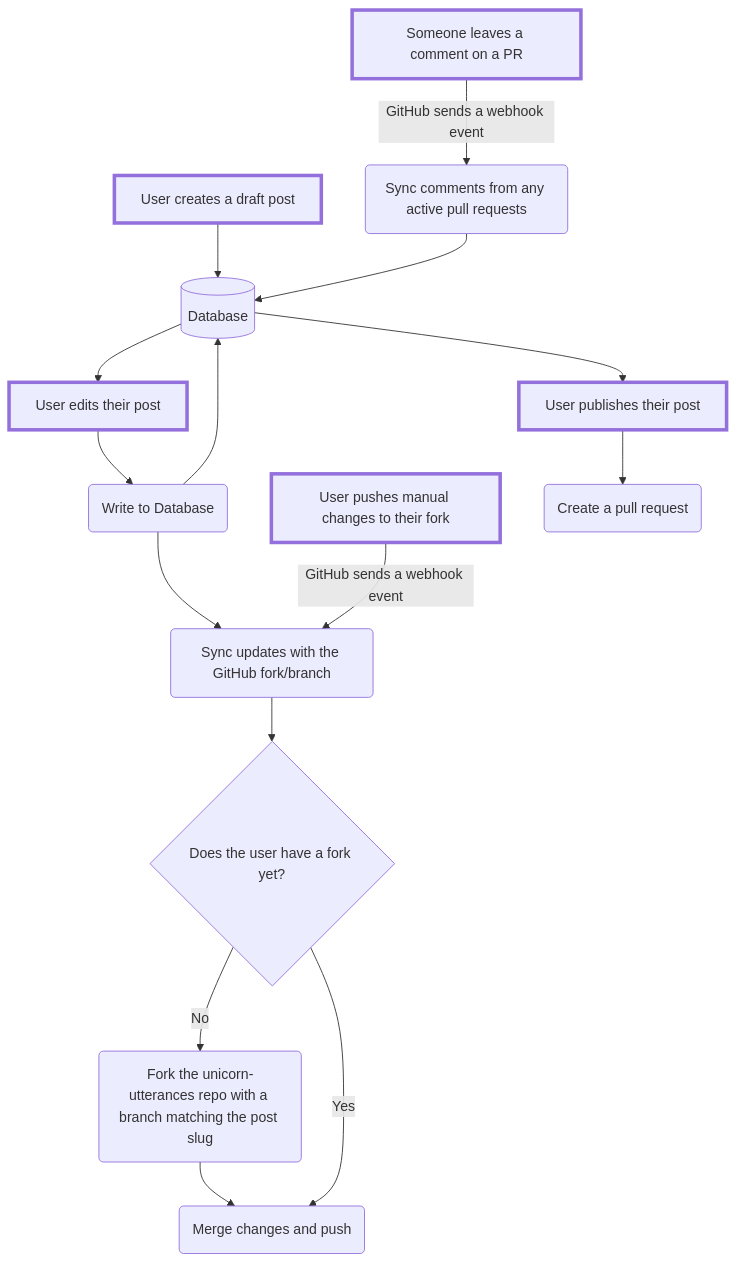
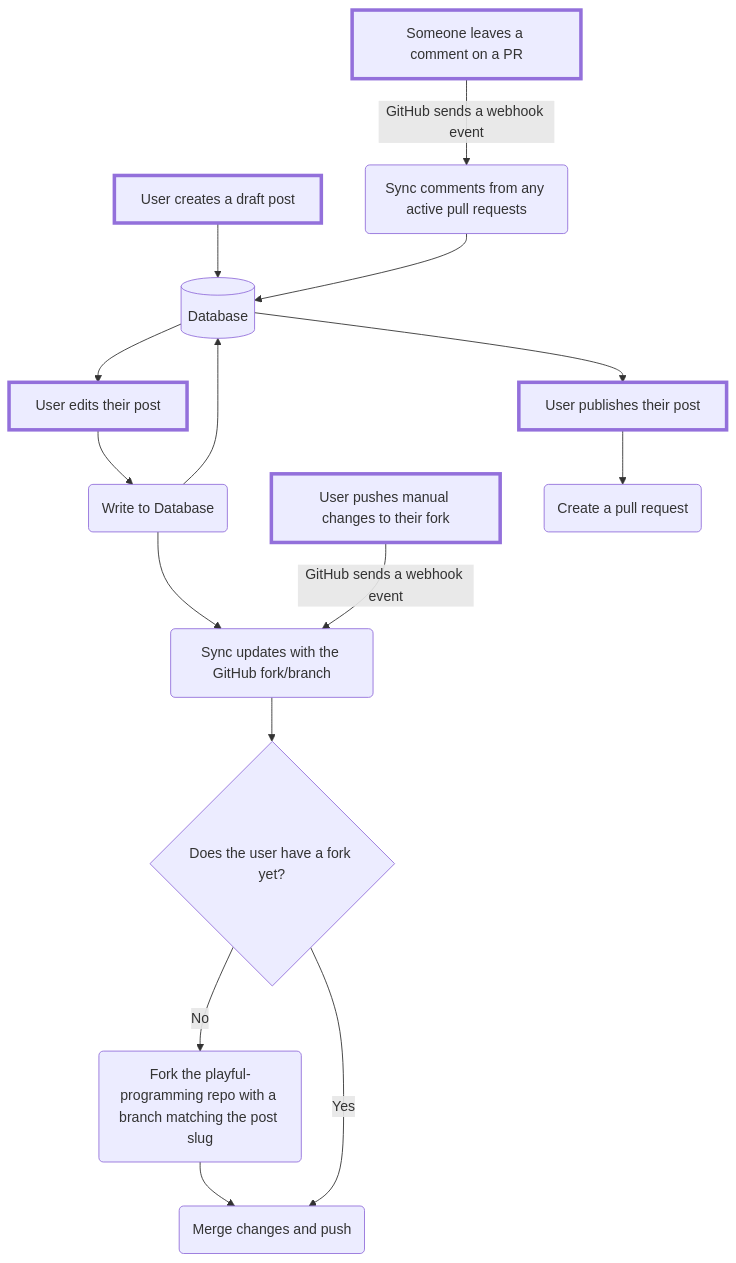
Before and after one commit to playfulprogramming/playfulprogramming: the diagram in content/crutchcorn/posts/pfp-cms/index.md, drawn with Mermaid. The commit also changed other lines of this file, not shown here.

Commit message:
docs: add more to CMS post

````diff
--- a/content/crutchcorn/posts/pfp-cms/index.md
+++ b/content/crutchcorn/posts/pfp-cms/index.md
@@ -24,23 +207,23 @@
 ```mermaid
 flowchart TD
     CreatePost["User creates a draft post"] --> DB[("Database")]
     DB --> EditPost["User edits their post"] & PublishPost["User publishes their post"]
     EditPost --> WriteDB("Write to Database")
     WriteDB --> DB & SyncFork("Sync updates with the GitHub fork/branch")
     SyncFork --> HasFork{"Does the user have a fork yet?"}
-    HasFork -- No --> CreateFork("Fork the unicorn-utterances repo with a branch matching the post slug")
+    HasFork -- No --> CreateFork("Fork the playful-programming repo with a branch matching the post slug")
     CreateFork --> PushFork("Merge changes and push")
     HasFork -- Yes --> PushFork
     ForkUpdated["User pushes manual changes to their fork"] -- "<span style=color:>GitHub sends a webhook event</span>" --> SyncFork
     LeftComments["Someone leaves a comment on a PR"] -- "<span style=color:>GitHub sends a webhook event</span>" --> SyncComments("Sync comments from any active pull requests")
     SyncComments --> DB
     PublishPost --> CreatePR("Create a pull request")
 
      CreatePost:::action
      EditPost:::action
      PublishPost:::action
      ForkUpdated:::action
      LeftComments:::action
     classDef action stroke-width:4px
     classDef dashed stroke-dasharray:5 5
 ```
````
